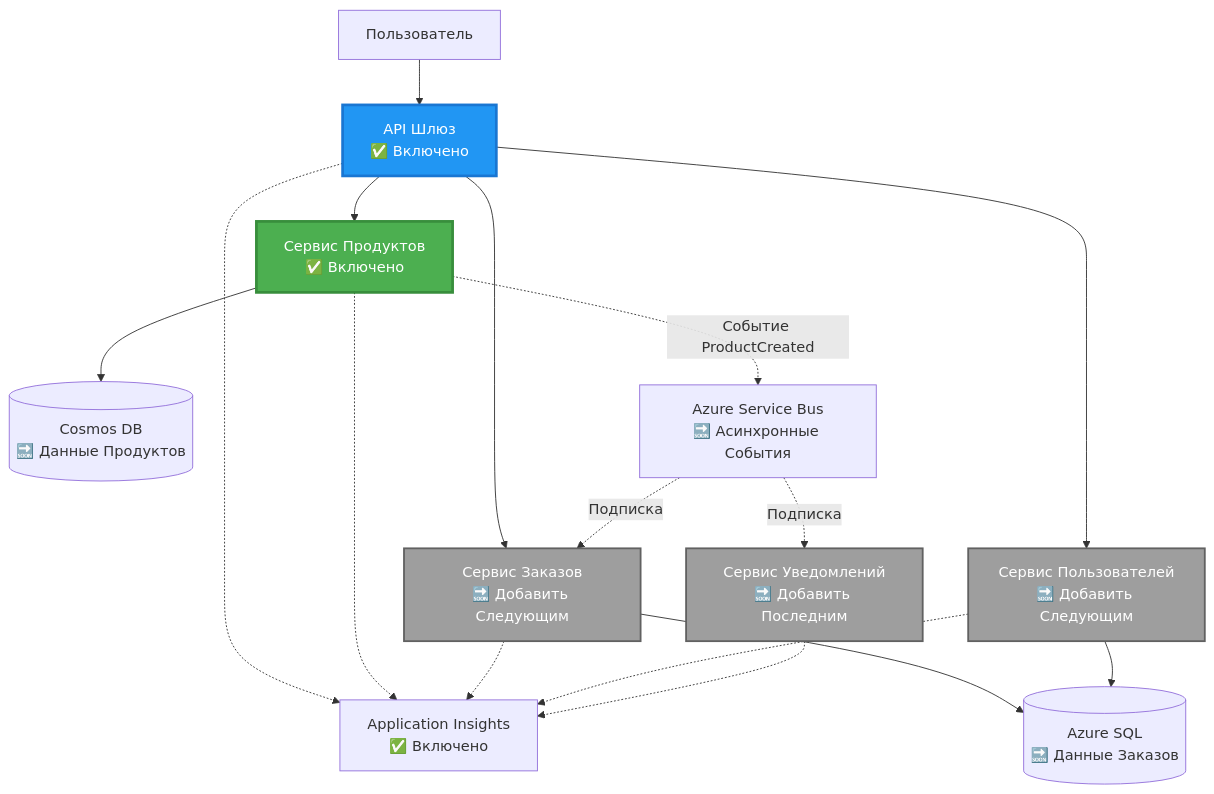
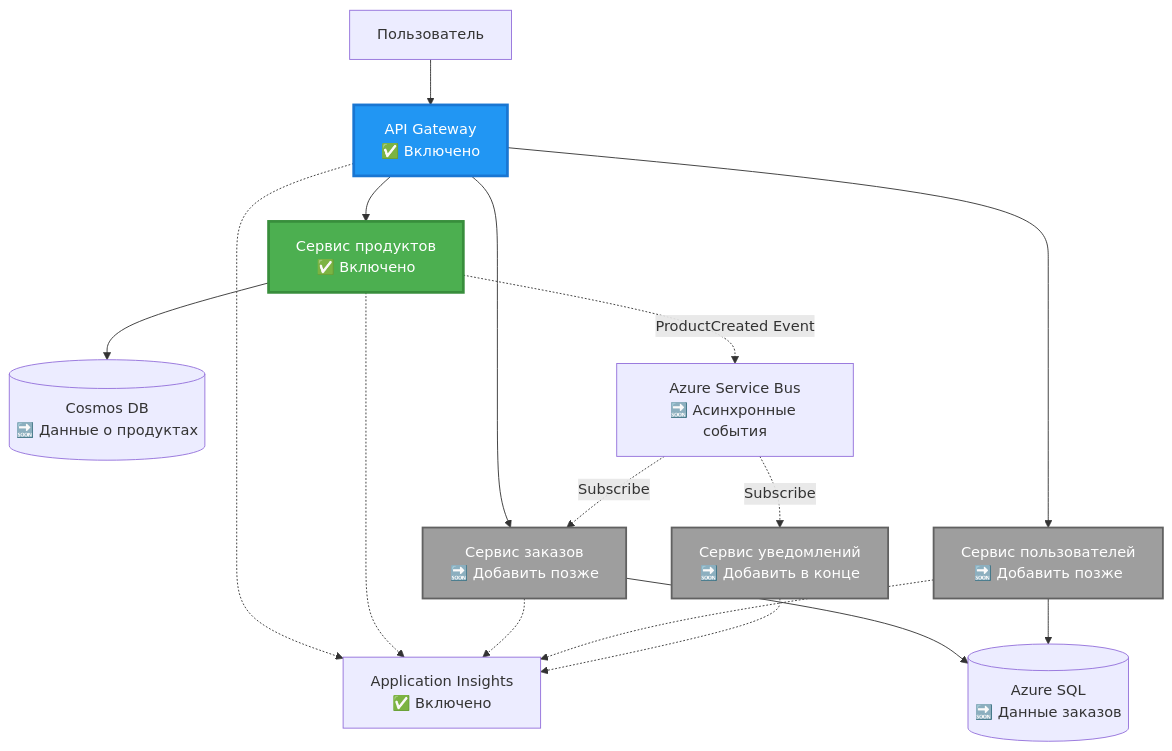
Before and after one commit to microsoft/AZD-for-beginners: the second of 4 diagrams in translations/ru/examples/microservices/README.md, drawn with Mermaid. The commit also changed other lines of this file and 242 other files, not shown here.

````diff
--- a/translations/ru/examples/microservices/README.md
+++ b/translations/ru/examples/microservices/README.md
@@ -78,39 +69,39 @@
 ```mermaid
 graph TB
     User[Пользователь]
-    Gateway[API Шлюз<br/>✅ Включено]
-    Product[Сервис Продуктов<br/>✅ Включено]
-    Order[Сервис Заказов<br/>🔜 Добавить Следующим]
-    UserSvc[Сервис Пользователей<br/>🔜 Добавить Следующим]
-    Notify[Сервис Уведомлений<br/>🔜 Добавить Последним]
+    Gateway[API Gateway<br/>✅ Включено]
+    Product[Сервис продуктов<br/>✅ Включено]
+    Order[Сервис заказов<br/>🔜 Добавить позже]
+    UserSvc[Сервис пользователей<br/>🔜 Добавить позже]
+    Notify[Сервис уведомлений<br/>🔜 Добавить в конце]
     
-    CosmosDB[(Cosmos DB<br/>🔜 Данные Продуктов)]
-    AzureSQL[(Azure SQL<br/>🔜 Данные Заказов)]
-    ServiceBus[Azure Service Bus<br/>🔜 Асинхронные События]
+    CosmosDB[(Cosmos DB<br/>🔜 Данные о продуктах)]
+    AzureSQL[(Azure SQL<br/>🔜 Данные заказов)]
+    ServiceBus[Azure Service Bus<br/>🔜 Асинхронные события]
     AppInsights[Application Insights<br/>✅ Включено]
     
     User --> Gateway
     Gateway --> Product
     Gateway --> Order
     Gateway --> UserSvc
     
     Product --> CosmosDB
     Order --> AzureSQL
     UserSvc --> AzureSQL
     
-    Product -.->|Событие ProductCreated| ServiceBus
-    ServiceBus -.->|Подписка| Notify
-    ServiceBus -.->|Подписка| Order
+    Product -.->|ProductCreated Event| ServiceBus
+    ServiceBus -.->|Subscribe| Notify
+    ServiceBus -.->|Subscribe| Order
     
     Gateway -.-> AppInsights
     Product -.-> AppInsights
     Order -.-> AppInsights
     UserSvc -.-> AppInsights
     Notify -.-> AppInsights
     
     style Product fill:#4CAF50,stroke:#388E3C,stroke-width:3px,color:#fff
     style Gateway fill:#2196F3,stroke:#1976D2,stroke-width:3px,color:#fff
     style Order fill:#9E9E9E,stroke:#616161,stroke-width:2px,color:#fff
     style UserSvc fill:#9E9E9E,stroke:#616161,stroke-width:2px,color:#fff
     style Notify fill:#9E9E9E,stroke:#616161,stroke-width:2px,color:#fff
 ```
````
